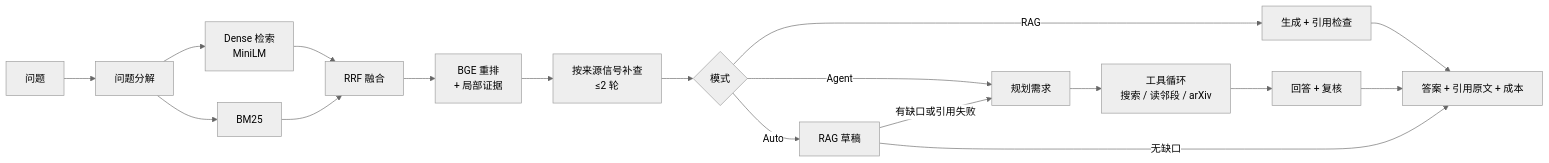
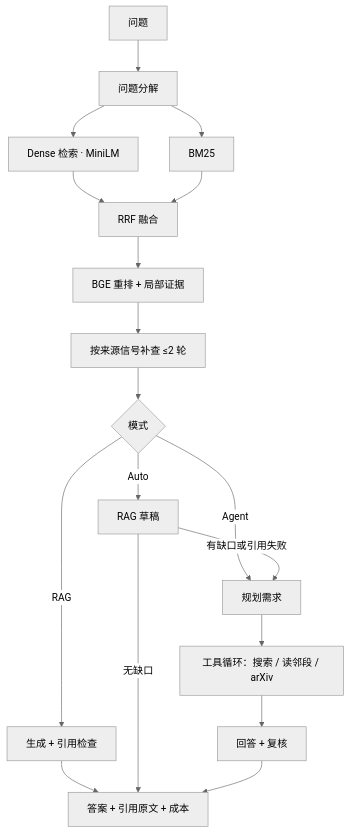
Before and after one commit to JAzer-M/Advanced-LLM-RAG: the diagram in README.md, drawn with Mermaid (neutral theme).

Commit message:
Lay out the README architecture diagram vertically for readability
Claude-Session: https://claude.ai/code/session_014zZj9TVQWZss5HvcLKBuES

````diff
--- a/README.md
+++ b/README.md
@@ -38,17 +38,20 @@
 ```mermaid
-flowchart LR
+flowchart TB
     Q[问题] --> D[问题分解]
-    D --> R1[Dense 检索<br/>MiniLM]
+    D --> R1[Dense 检索 · MiniLM]
     D --> R2[BM25]
     R1 --> F[RRF 融合]
     R2 --> F
-    F --> RR[BGE 重排<br/>+ 局部证据]
-    RR --> C[按来源信号补查<br/>≤2 轮]
+    F --> RR[BGE 重排 + 局部证据]
+    RR --> C[按来源信号补查 ≤2 轮]
     C --> M{模式}
     M -->|RAG| G[生成 + 引用检查]
-    M -->|Agent| P[规划需求] --> T[工具循环<br/>搜索 / 读邻段 / arXiv] --> A[回答 + 复核]
-    M -->|Auto| G2[RAG 草稿] -->|有缺口或引用失败| P
+    M -->|Auto| G2[RAG 草稿]
+    M -->|Agent| P[规划需求]
+    G2 -->|有缺口或引用失败| P
+    P --> T[工具循环：搜索 / 读邻段 / arXiv]
+    T --> A[回答 + 复核]
+    G --> OUT[答案 + 引用原文 + 成本]
     G2 -->|无缺口| OUT
-    G --> OUT[答案 + 引用原文 + 成本]
     A --> OUT
 ```
````
